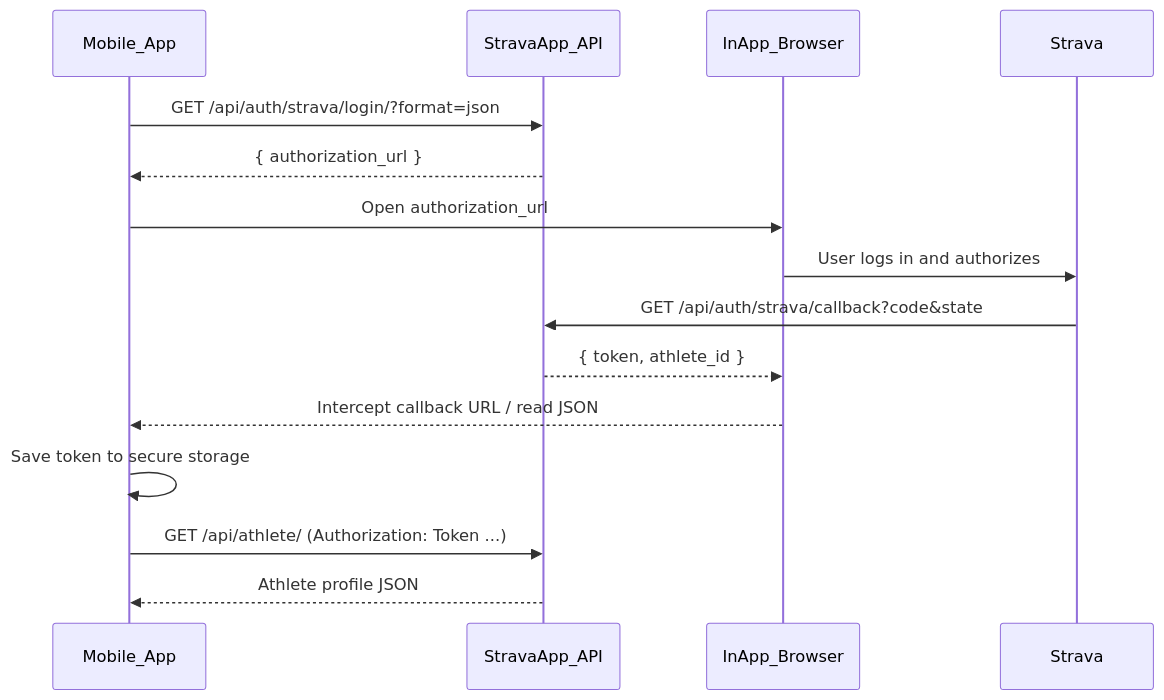
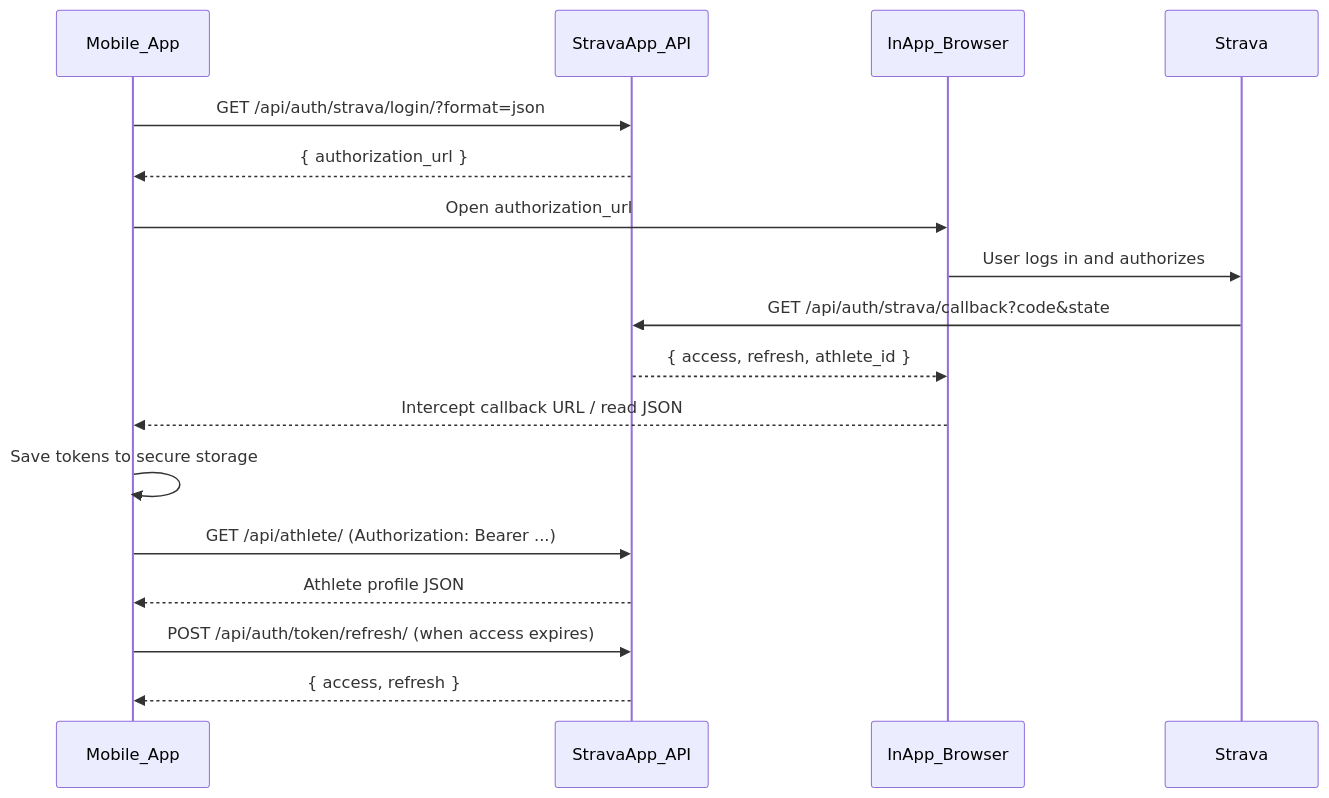
The diagram in docs/MOBILE_API.md (RomanKovalev/stravaapp), drawn with Mermaid before and after one commit. The commit also changed other lines of this file and 6 other files, not shown here.

First line of the commit message:
Replace DRF Token auth with JWT

````diff
--- a/docs/MOBILE_API.md
+++ b/docs/MOBILE_API.md
@@ -329,18 +420,20 @@
 ```mermaid
 sequenceDiagram
     participant Mobile as Mobile_App
     participant API as StravaApp_API
     participant Browser as InApp_Browser
     participant Strava as Strava
 
     Mobile->>API: GET /api/auth/strava/login/?format=json
     API-->>Mobile: { authorization_url }
     Mobile->>Browser: Open authorization_url
     Browser->>Strava: User logs in and authorizes
     Strava->>API: GET /api/auth/strava/callback?code&state
-    API-->>Browser: { token, athlete_id }
+    API-->>Browser: { access, refresh, athlete_id }
     Browser-->>Mobile: Intercept callback URL / read JSON
-    Mobile->>Mobile: Save token to secure storage
-    Mobile->>API: GET /api/athlete/ (Authorization: Token ...)
+    Mobile->>Mobile: Save tokens to secure storage
+    Mobile->>API: GET /api/athlete/ (Authorization: Bearer ...)
     API-->>Mobile: Athlete profile JSON
+    Mobile->>API: POST /api/auth/token/refresh/ (when access expires)
+    API-->>Mobile: { access, refresh }
 ```
````
